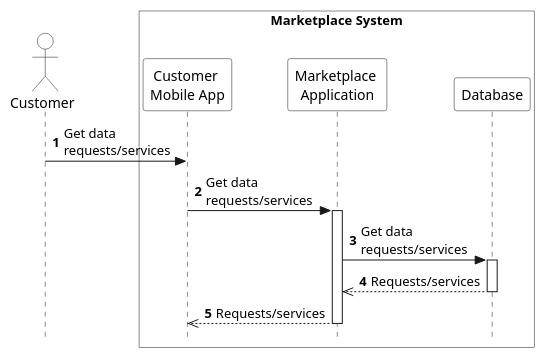
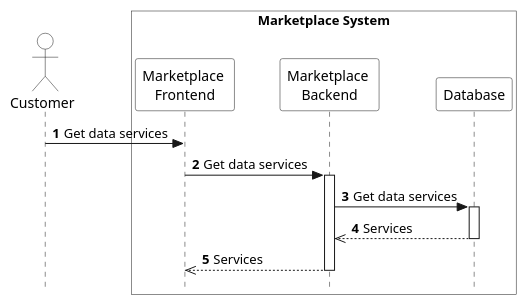
The diagram in arc42/marketplace/runtime-view/figures/marketplace-browse-requests.puml (eddie-energy/architecture), drawn with PlantUML before and after one commit. The commit also changed 20 other files, not shown here.

```diff
--- a/arc42/marketplace/runtime-view/figures/marketplace-browse-requests.puml
+++ b/arc42/marketplace/runtime-view/figures/marketplace-browse-requests.puml
@@ -1,29 +1,29 @@
 @startuml marketplace-browse-requests
 
 skinparam style strictuml
 skinparam sequence {
   ParticipantBackgroundColor transparent
   ActorBackgroundColor transparent
 }
 
 autonumber
 !pragma teoz true
 
 actor "Customer" as customer
 box "Marketplace System" #transparent
-  participant "Customer \nMobile App" as app
-  participant "Marketplace \nApplication" as marketplace
+  participant "Marketplace \nFrontend" as app
+  participant "Marketplace \nBackend" as marketplace
   participant "Database" as database
 end box
 
-customer -> app : Get data \nrequests/services
-app -> marketplace : Get data \nrequests/services
+customer -> app : Get data services
+app -> marketplace : Get data services
 activate marketplace
-marketplace -> database : Get data \nrequests/services
+marketplace -> database : Get data services
 activate database
-database -->> marketplace : Requests/services
+database -->> marketplace : Services
 deactivate database
-marketplace -->> app : Requests/services
+marketplace -->> app : Services
 deactivate marketplace
 
 @enduml
```
